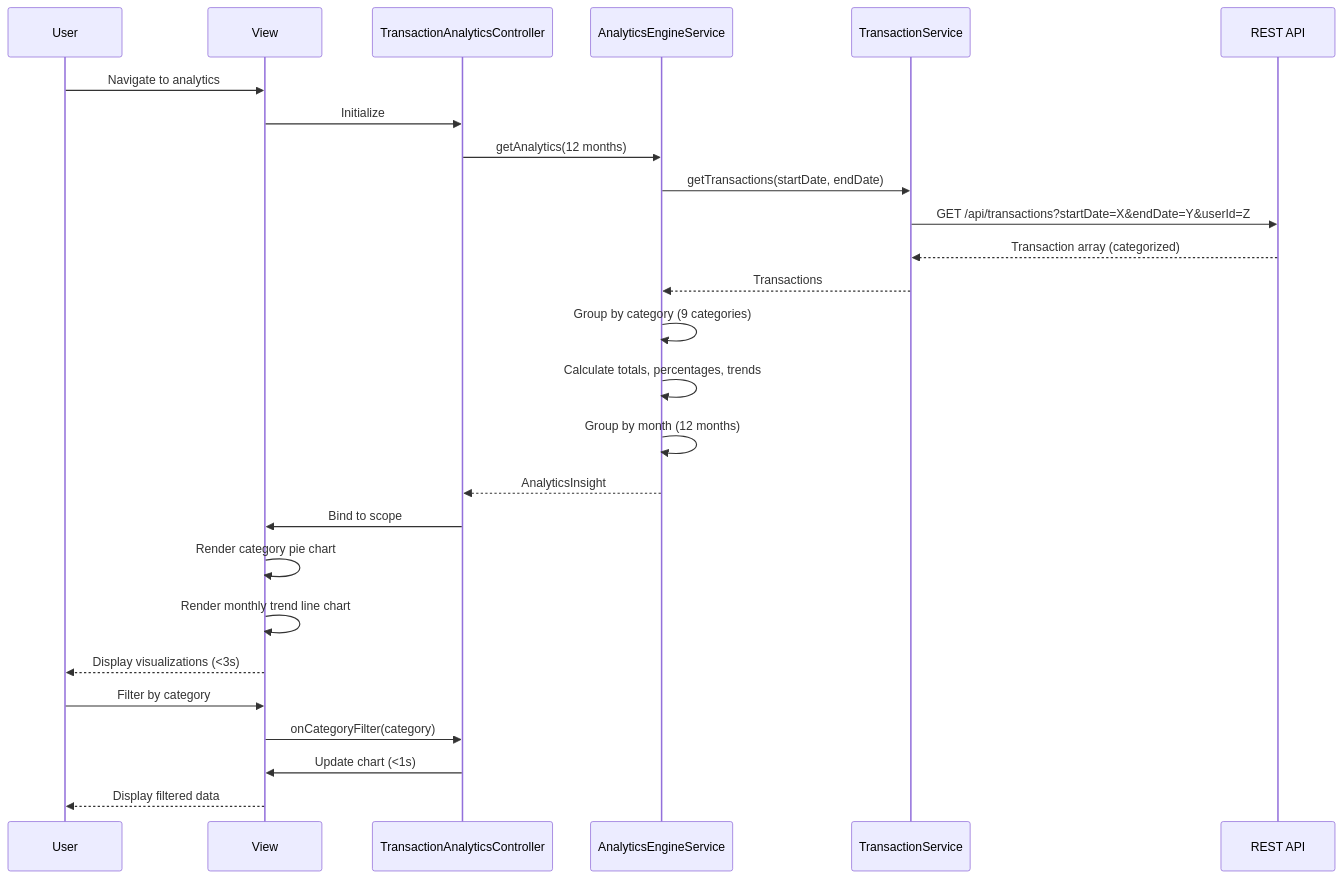
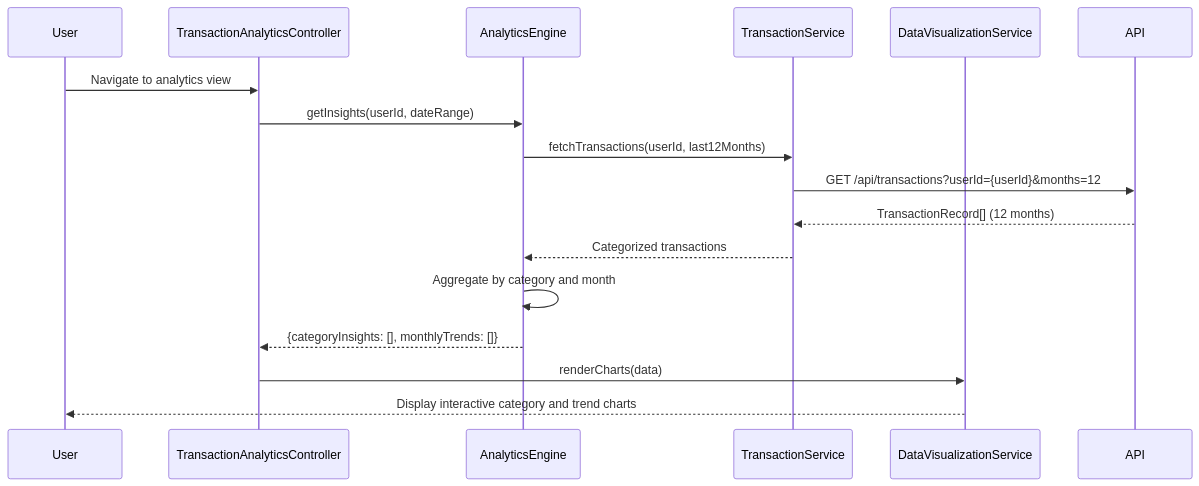
The diagram in LLD/QE-7686_LLD.md (AAVA-Demo/APB_Demo), drawn with Mermaid before and after one commit. The commit also changed other lines of this file and 5 other files, not shown here.

````diff
--- a/LLD/QE-7686_LLD.md
+++ b/LLD/QE-7686_LLD.md
@@ -91,29 +81,20 @@
 ```mermaid
 sequenceDiagram
     participant User
-    participant View
-    participant AnalyticsCtrl as TransactionAnalyticsController
-    participant EngSvc as AnalyticsEngineService
-    participant TxnSvc as TransactionService
-    participant API as REST API
-    
-    User->>View: Navigate to analytics
-    View->>AnalyticsCtrl: Initialize
-    AnalyticsCtrl->>EngSvc: getAnalytics(12 months)
-    EngSvc->>TxnSvc: getTransactions(startDate, endDate)
-    TxnSvc->>API: GET /api/transactions?startDate=X&endDate=Y&userId=Z
-    API-->>TxnSvc: Transaction array (categorized)
-    TxnSvc-->>EngSvc: Transactions
-    EngSvc->>EngSvc: Group by category (9 categories)
-    EngSvc->>EngSvc: Calculate totals, percentages, trends
-    EngSvc->>EngSvc: Group by month (12 months)
-    EngSvc-->>AnalyticsCtrl: AnalyticsInsight
-    AnalyticsCtrl->>View: Bind to scope
-    View->>View: Render category pie chart
-    View->>View: Render monthly trend line chart
-    View-->>User: Display visualizations (<3s)
-    User->>View: Filter by category
-    View->>AnalyticsCtrl: onCategoryFilter(category)
-    AnalyticsCtrl->>View: Update chart (<1s)
-    View-->>User: Display filtered data
+    participant TransactionAnalyticsController
+    participant AnalyticsEngine
+    participant TransactionService
+    participant DataVisualizationService
+    participant API
+
+    User->>TransactionAnalyticsController: Navigate to analytics view
+    TransactionAnalyticsController->>AnalyticsEngine: getInsights(userId, dateRange)
+    AnalyticsEngine->>TransactionService: fetchTransactions(userId, last12Months)
+    TransactionService->>API: GET /api/transactions?userId={userId}&months=12
+    API-->>TransactionService: TransactionRecord[] (12 months)
+    TransactionService-->>AnalyticsEngine: Categorized transactions
+    AnalyticsEngine->>AnalyticsEngine: Aggregate by category and month
+    AnalyticsEngine-->>TransactionAnalyticsController: {categoryInsights: [], monthlyTrends: []}
+    TransactionAnalyticsController->>DataVisualizationService: renderCharts(data)
+    DataVisualizationService-->>User: Display interactive category and trend charts
 ```
````
